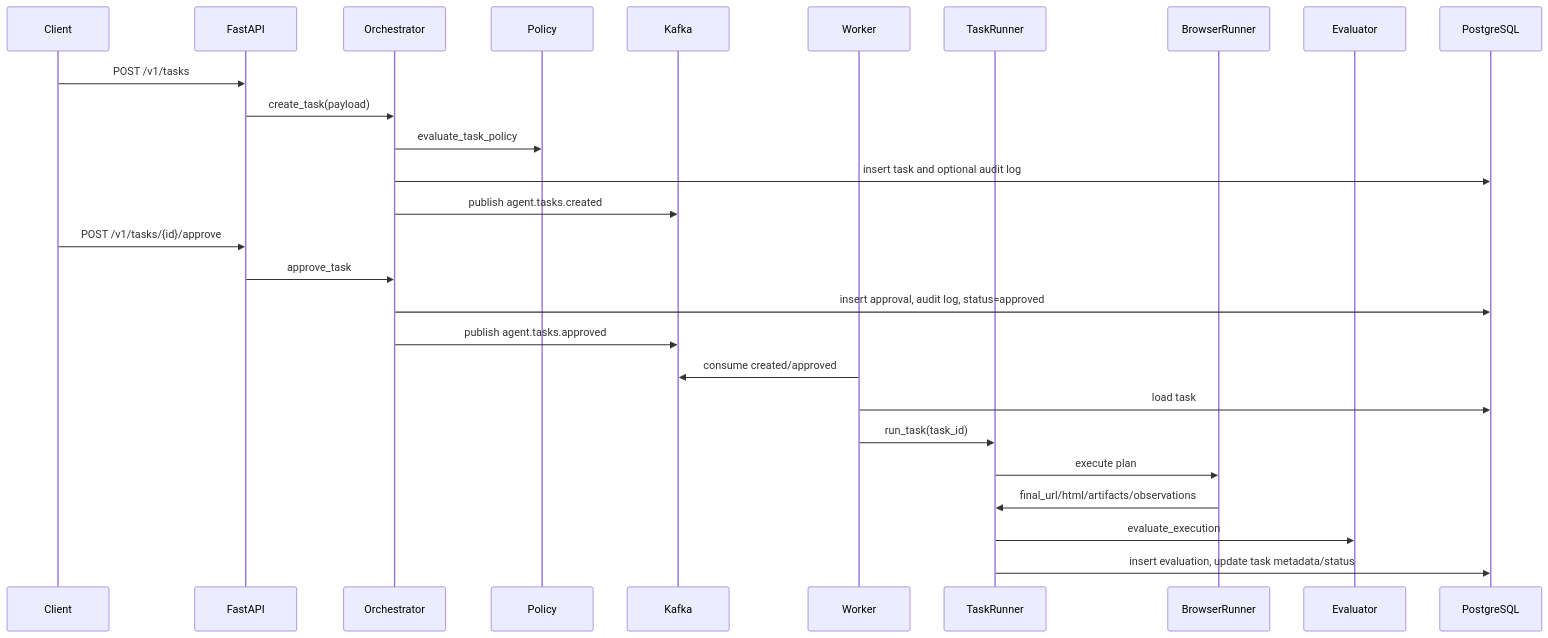
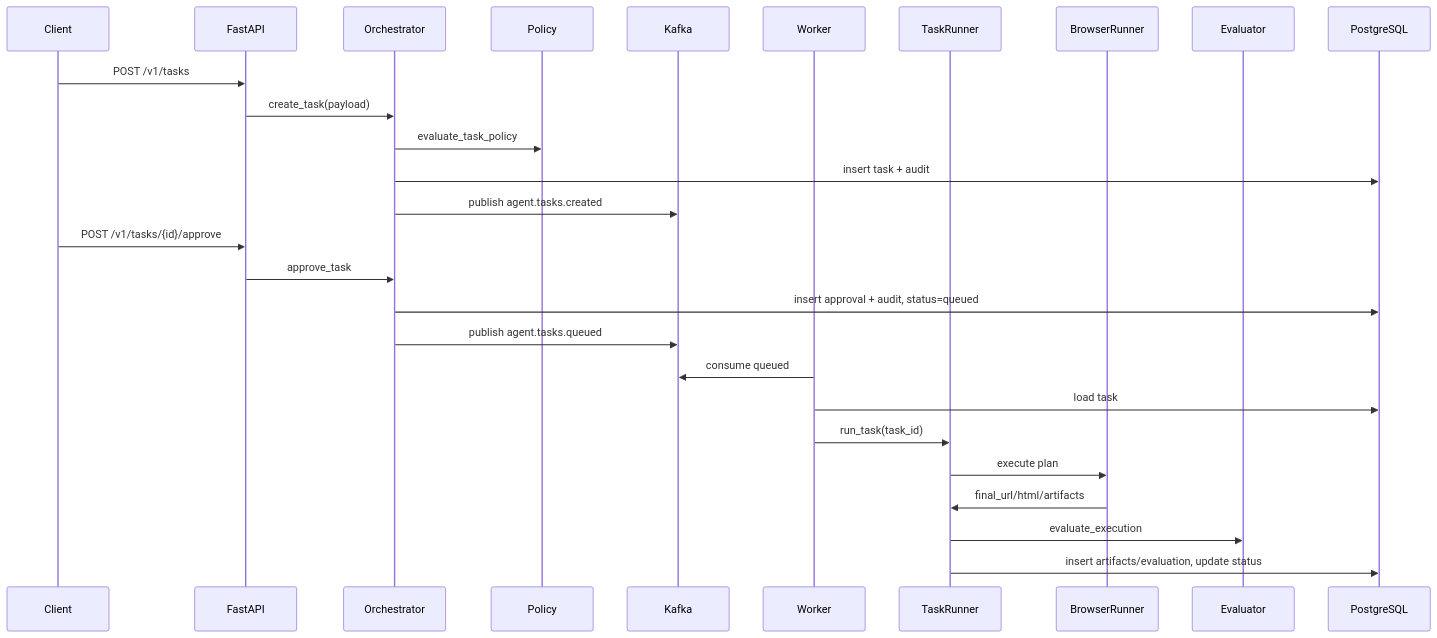
Before and after one commit to leo459028/BrowserAgent: the third of 3 diagrams in DOCS/ARCHITECTURE.md, drawn with Mermaid. The commit also changed other lines of this file and 28 other files, not shown here.

Commit message:
Refactor browser agent workflow and UI flow

````diff
--- a/DOCS/ARCHITECTURE.md
+++ b/DOCS/ARCHITECTURE.md
@@ -62,30 +72,30 @@
 ```mermaid
 sequenceDiagram
     participant C as Client
     participant A as FastAPI
     participant O as Orchestrator
     participant P as Policy
     participant K as Kafka
     participant W as Worker
     participant R as TaskRunner
     participant B as BrowserRunner
     participant E as Evaluator
     participant DB as PostgreSQL
 
     C->>A: POST /v1/tasks
     A->>O: create_task(payload)
     O->>P: evaluate_task_policy
-    O->>DB: insert task and optional audit log
+    O->>DB: insert task + audit
     O->>K: publish agent.tasks.created
     C->>A: POST /v1/tasks/{id}/approve
     A->>O: approve_task
-    O->>DB: insert approval, audit log, status=approved
-    O->>K: publish agent.tasks.approved
-    W->>K: consume created/approved
+    O->>DB: insert approval + audit, status=queued
+    O->>K: publish agent.tasks.queued
+    W->>K: consume queued
     W->>DB: load task
     W->>R: run_task(task_id)
     R->>B: execute plan
-    B->>R: final_url/html/artifacts/observations
+    B->>R: final_url/html/artifacts
     R->>E: evaluate_execution
-    R->>DB: insert evaluation, update task metadata/status
+    R->>DB: insert artifacts/evaluation, update status
 ```
````
